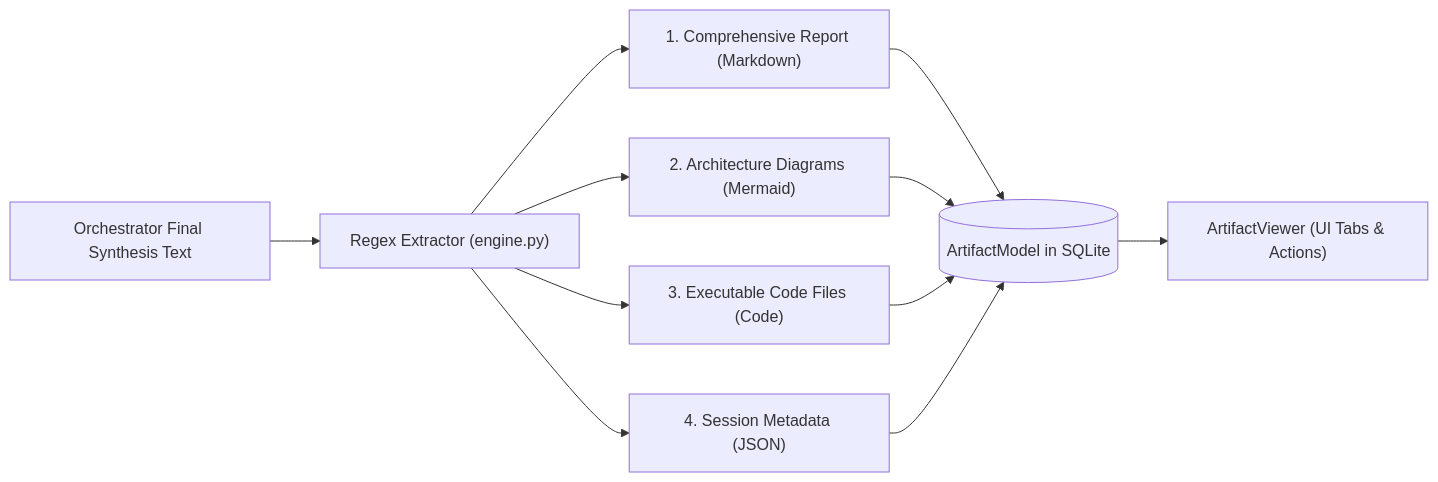
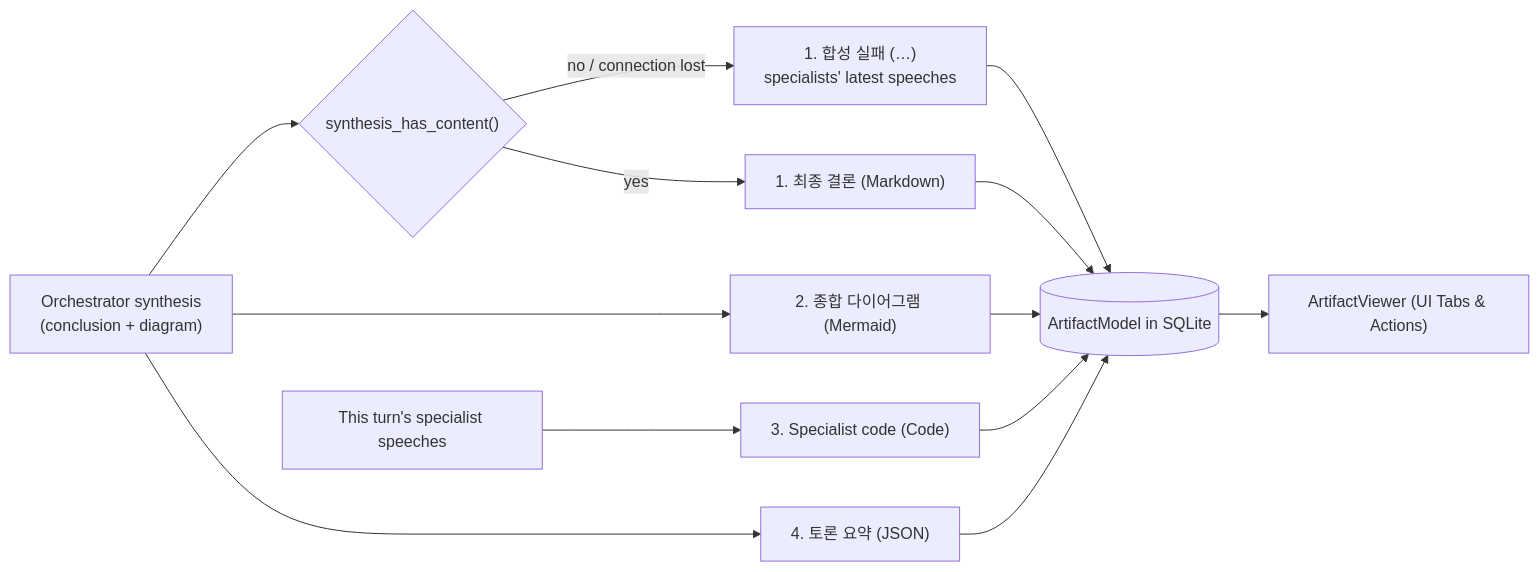
One commit to HaJaehee/MultiAgentDebateAndOrchestrationPlatform changed the first of 2 diagrams in wiki/orchestration/artifact-generation.md. Above: the diagram before and after it, drawn with Mermaid. The commit also changed other lines of this file and 17 other files, not shown here.

First line of the commit message:
fix(orchestration): 턴이 쌓여도 토론 결과가 사라지지 않게 — 산출물 누적, 빈 합성은 실패로, 오케스트레이터는 결론·다이어그램까지

````diff
--- a/wiki/orchestration/artifact-generation.md
+++ b/wiki/orchestration/artifact-generation.md
@@ -11,16 +26,19 @@
 ```mermaid
 flowchart LR
-    SynthText["Orchestrator Final Synthesis Text"] --> Parser["Regex Extractor (engine.py)"]
-    
-    Parser --> ArtMD["1. Comprehensive Report (Markdown)"]
-    Parser --> ArtMM["2. Architecture Diagrams (Mermaid)"]
-    Parser --> ArtCode["3. Executable Code Files (Code)"]
-    Parser --> ArtJSON["4. Session Metadata (JSON)"]
-    
+    SynthText["Orchestrator synthesis<br/>(conclusion + diagram)"] --> Check{"synthesis_has_content()"}
+    Speeches["This turn's specialist speeches"] --> ArtCode
+    Check -- yes --> ArtMD["1. 최종 결론 (Markdown)"]
+    Check -- "no / connection lost" --> ArtFail["1. 합성 실패 (…)<br/>specialists' latest speeches"]
+    SynthText --> ArtMM["2. 종합 다이어그램 (Mermaid)"]
+    ArtCode["3. Specialist code (Code)"]
+    SynthText --> ArtJSON["4. 토론 요약 (JSON)"]
+
+    ArtFail --> DB
+
     ArtMD --> DB[(ArtifactModel in SQLite)]
     ArtMM --> DB
     ArtCode --> DB
     ArtJSON --> DB
-    
+
     DB --> UI["ArtifactViewer (UI Tabs & Actions)"]
 ```
````
